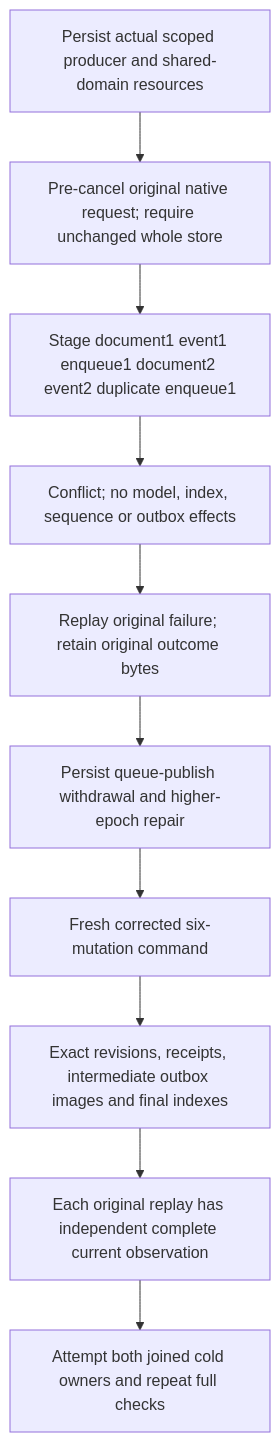
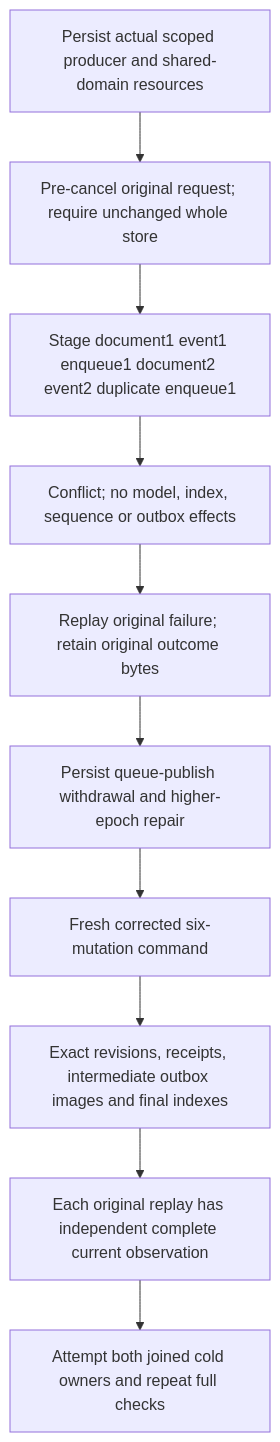
Before and after one commit to managedcode/KeyLoad: the diagram in docs/Features/DocumentStorage/StagedTriadMutationImages.md, drawn with Mermaid. The commit also changed other lines of this file and 9016 other files, not shown here.

````diff
--- a/docs/Features/DocumentStorage/StagedTriadMutationImages.md
+++ b/docs/Features/DocumentStorage/StagedTriadMutationImages.md
@@ -5,12 +5,12 @@
 ```mermaid
 flowchart TD
-  A[Persist actual scoped producer and shared-domain resources] --> B[Pre-cancel original native request; require unchanged whole store]
+  A[Persist actual scoped producer and shared-domain resources] --> B[Pre-cancel original request; require unchanged whole store]
   B --> C[Stage document1 event1 enqueue1 document2 event2 duplicate enqueue1]
   C --> D[Conflict; no model, index, sequence or outbox effects]
   D --> E[Replay original failure; retain original outcome bytes]
   E --> F[Persist queue-publish withdrawal and higher-epoch repair]
   F --> G[Fresh corrected six-mutation command]
   G --> H[Exact revisions, receipts, intermediate outbox images and final indexes]
   H --> I[Each original replay has independent complete current observation]
   I --> J[Attempt both joined cold owners and repeat full checks]
 ```
````
